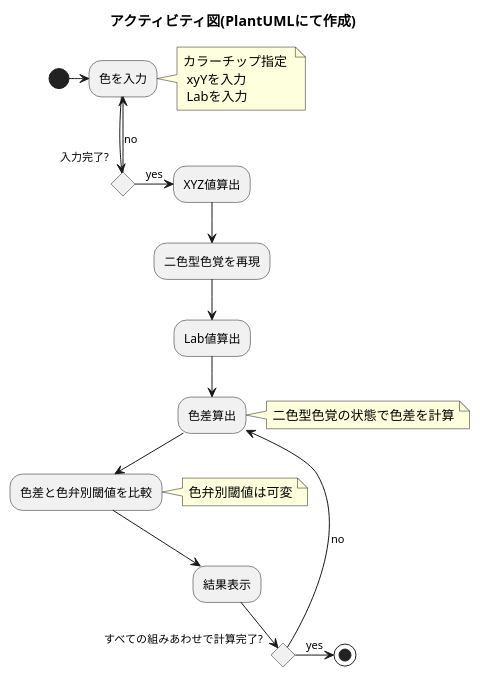
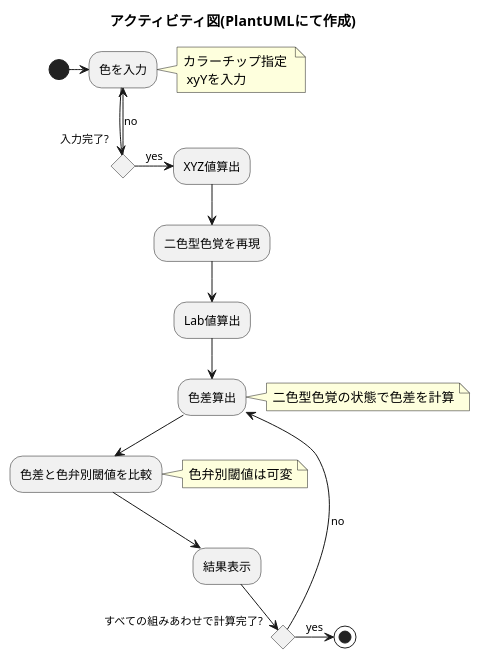
The diagram in DichroSim/design/Activity.wsd (Kahiro-M/DichroSim), drawn with PlantUML before and after one commit. The commit also changed 11 other files, not shown here.

Commit message:
クラス図に基づいてライブラリのファイルを分割

```diff
--- a/DichroSim/design/Activity.wsd
+++ b/DichroSim/design/Activity.wsd
@@ -1,31 +1,31 @@
 @startuml
 title アクティビティ図(PlantUMLにて作成) 
 
 (*) ->"色を入力"
- note right: カラーチップ指定 \n xyYを入力 \n Labを入力
+ note right: カラーチップ指定 \n xyYを入力
 
 if "入力完了?" then
  ->[yes] "XYZ値算出"
 else
  ->[no] "色を入力"
 endif
 
 "XYZ値算出" -->"二色型色覚を再現"
 	
 "二色型色覚を再現" -->"Lab値算出"
 	
 "Lab値算出" -->"色差算出"
  note right: 二色型色覚の状態で色差を計算
 	
 "色差算出" -->"色差と色弁別閾値を比較"
  note right: 色弁別閾値は可変
 	
 "色差と色弁別閾値を比較" -->"結果表示"
 
 if "すべての組みあわせで計算完了?" then
   ->[yes] (*)
 else
   ->[no] "色差算出"
 endif
 
 @enduml
```
